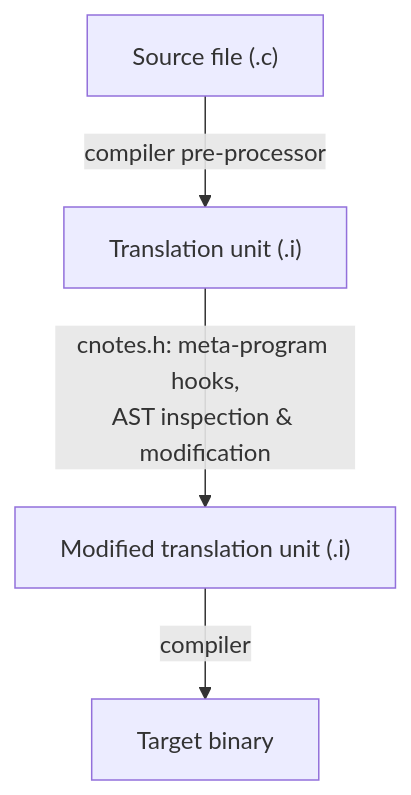
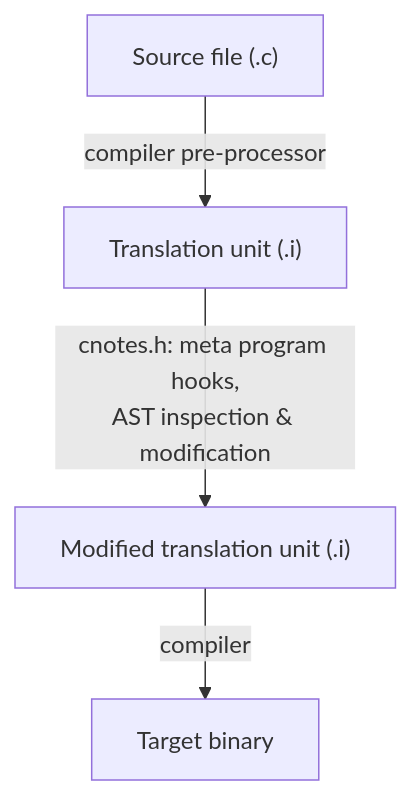
The diagram in README.md (dmarshaq/cnotes.h), drawn with Mermaid before and after one commit. The commit also changed other lines of this file, not shown here.

````diff
--- a/README.md
+++ b/README.md
@@ -70,6 +70,6 @@
 ```mermaid
 flowchart TD
     A["Source file (.c)"] -->|compiler pre-processor| B["Translation unit (.i)"]
-    B -->|"cnotes.h: meta-program hooks,\nAST inspection & modification"| C["Modified translation unit (.i)"]
+    B -->|"cnotes.h: meta program hooks,\nAST inspection & modification"| C["Modified translation unit (.i)"]
     C -->|compiler| D["Target binary"]
 ```
````
